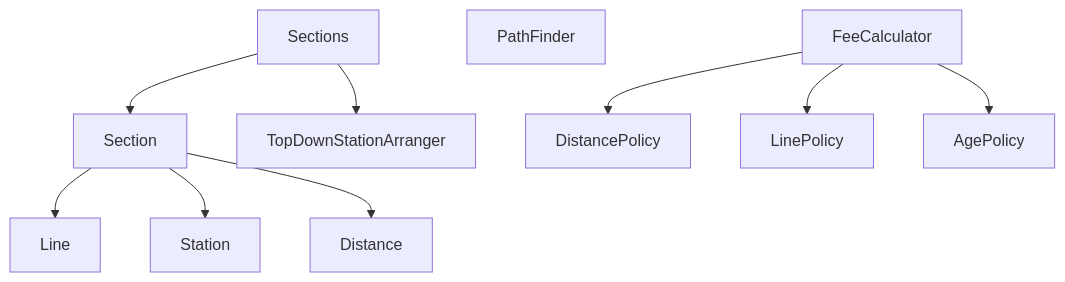
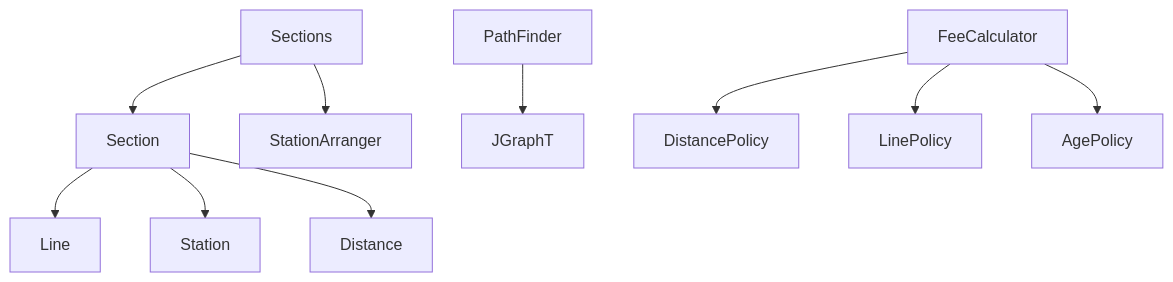
Before and after one commit to woowacourse/jwp-subway-path: the diagram in README.md, drawn with Mermaid.

Commit message:
docs(README): 도메인 객체 설계 수정

````diff
--- a/README.md
+++ b/README.md
@@ -38,14 +38,15 @@
 ```mermaid
 graph TD
 Sections --> Section
-Sections --> TopDownStationArranger
+Sections --> StationArranger
 
 Section -->  Line
 Section --> Station
 Section --> Distance
 
-PathFinder
+PathFinder --> JGraphT
+
 FeeCalculator --> DistancePolicy
 FeeCalculator --> LinePolicy
 FeeCalculator --> AgePolicy
 ```
````
